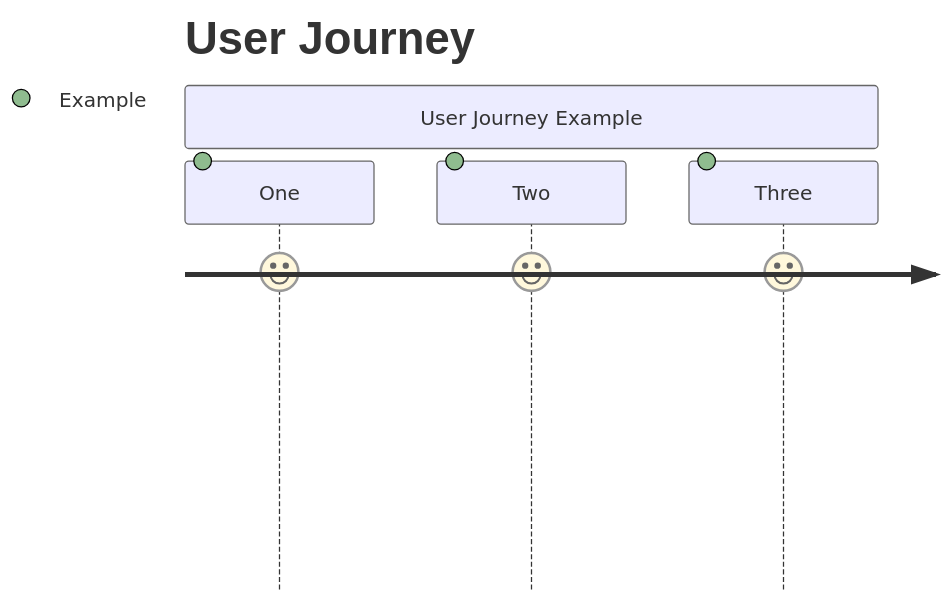
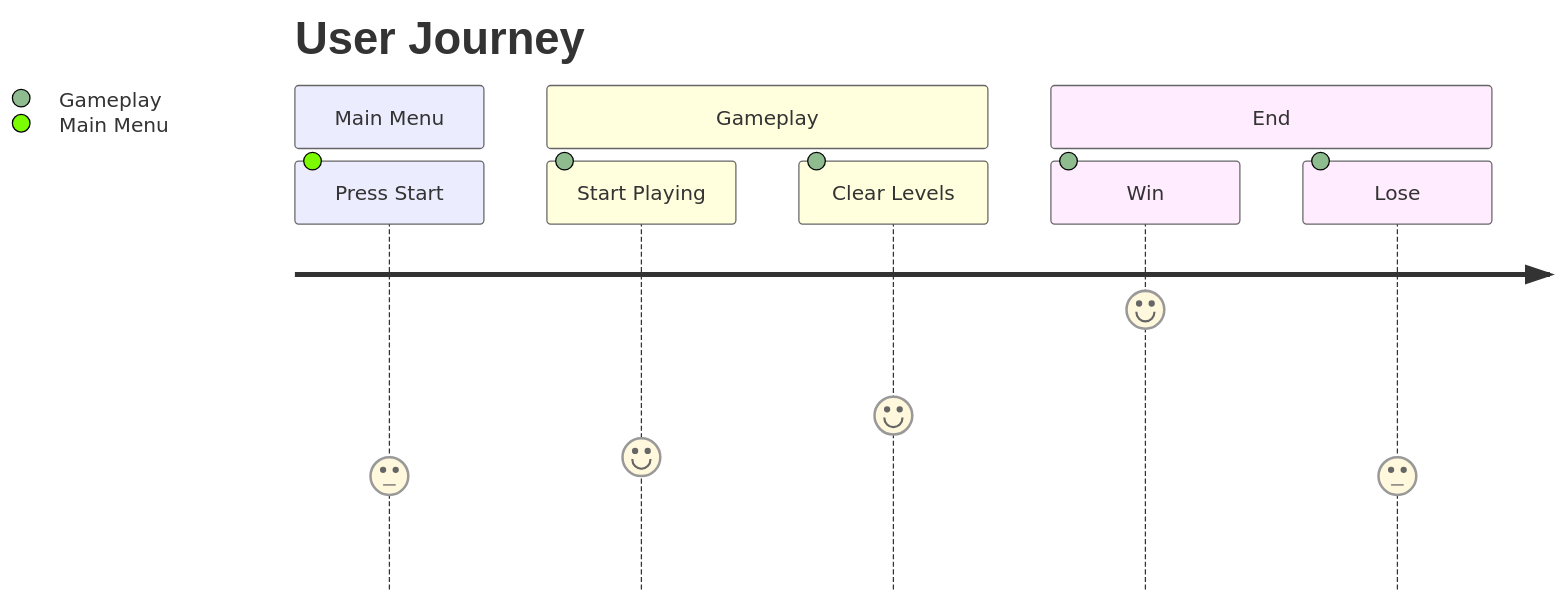
The first of 2 diagrams in design.md (0676693/Invade-Spacers), drawn with Mermaid before and after one commit. The commit also changed other lines of this file, not shown here.

````diff
--- a/design.md
+++ b/design.md
@@ -27,10 +27,14 @@
 ```mermaid
 journey
     title User Journey
 
-section User Journey Example
-    One: 8.4: Example
-    Two: 8.4: Example
-    Three: 8.4: Example
+section Main Menu
+    Press Start: 3: Main Menu
+section Gameplay
+    Start Playing: 3.5: Gameplay
+    Clear Levels: 4.6: Gameplay
+section End
+    Win: 7.4: Gameplay
+    Lose: 3: Gameplay
 
 ```
````
